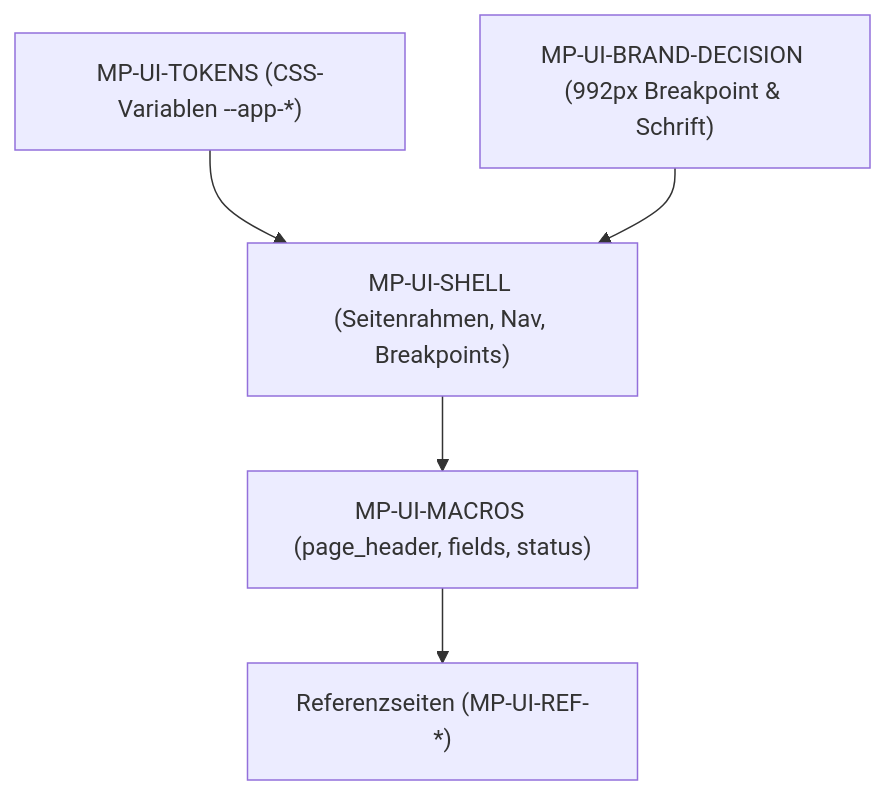
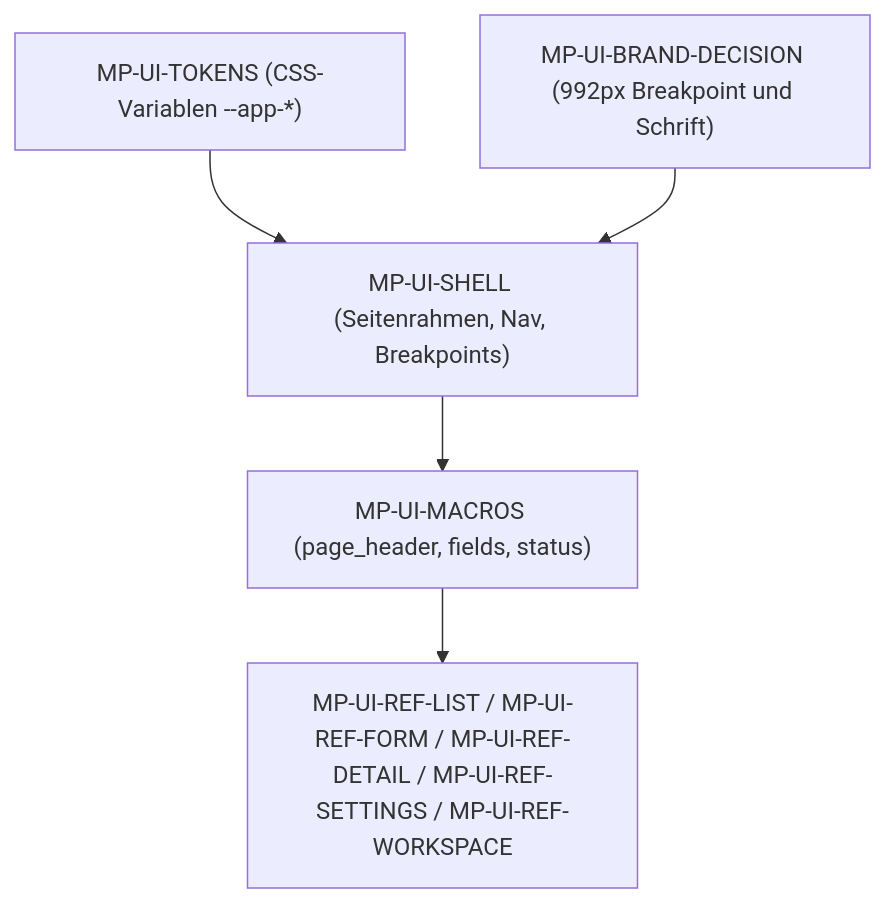
One commit to joehomeskillet/Dishboard changed the second of 2 diagrams in docs/design/2026-09-11-admin-shell-navigation-spec.md. Above: the diagram before and after it, drawn with Mermaid. The commit also changed other lines of this file, not shown here.

Commit message:
docs(ui): apply cross-vendor review to the admin shell specification

````diff
--- a/docs/design/2026-09-11-admin-shell-navigation-spec.md
+++ b/docs/design/2026-09-11-admin-shell-navigation-spec.md
@@ -448,7 +494,7 @@
 ```mermaid
 graph TD
     TOKENS["MP-UI-TOKENS (CSS-Variablen --app-*)"] --> SHELL["MP-UI-SHELL (Seitenrahmen, Nav, Breakpoints)"]
-    BRAND["MP-UI-BRAND-DECISION (992px Breakpoint & Schrift)"] --> SHELL
+    BRAND["MP-UI-BRAND-DECISION (992px Breakpoint und Schrift)"] --> SHELL
     SHELL --> MACROS["MP-UI-MACROS (page_header, fields, status)"]
-    MACROS --> REFS["Referenzseiten (MP-UI-REF-*)"]
+    MACROS --> REFS["MP-UI-REF-LIST / MP-UI-REF-FORM / MP-UI-REF-DETAIL / MP-UI-REF-SETTINGS / MP-UI-REF-WORKSPACE"]
 ```
````
